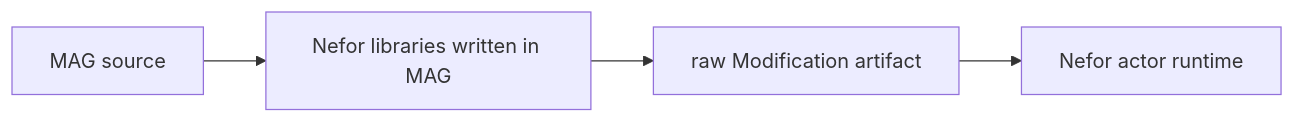
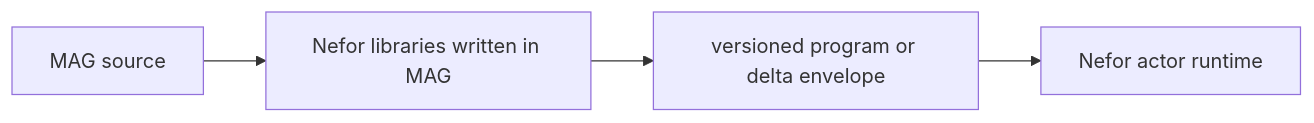
The diagram in mag/book/02. nefor/01. MAG's Place Inside Nefor.md (Demezy/nefor), drawn with Mermaid before and after one commit. The commit also changed other lines of this file and 76 other files, not shown here.

````diff
--- a/mag/book/02. nefor/01. MAG's Place Inside Nefor.md
+++ b/mag/book/02. nefor/01. MAG's Place Inside Nefor.md
@@ -10,6 +11,6 @@
 ```mermaid
 flowchart LR
   source["MAG source"] --> libraries["Nefor libraries written in MAG"]
-  libraries --> artifact["raw Modification artifact"]
-  artifact --> runtime["Nefor actor runtime"]
+  libraries --> envelope["versioned program or delta envelope"]
+  envelope --> runtime["Nefor actor runtime"]
 ```
````
